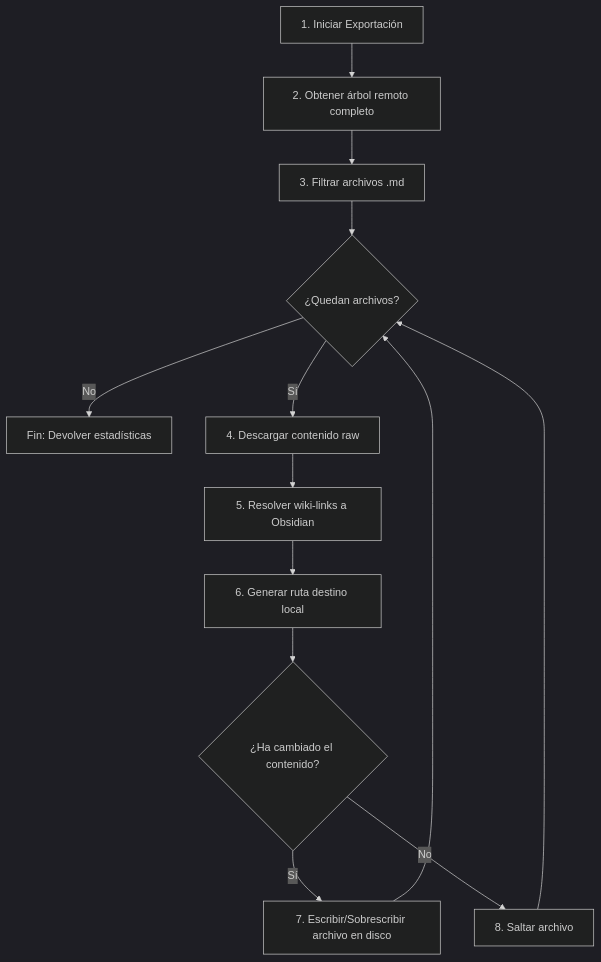
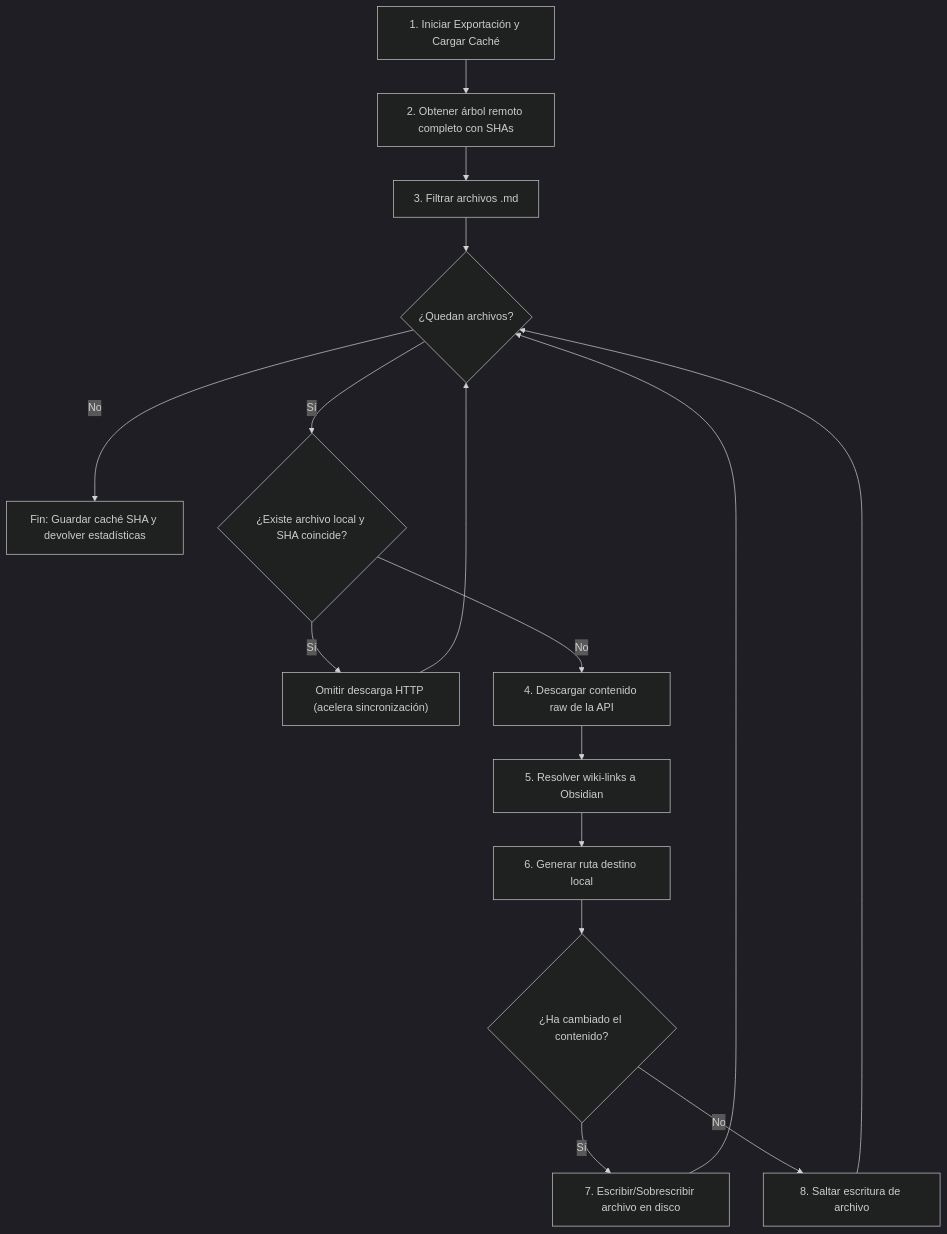
Before and after one commit to julia8873/pluginMoodleMetricas: the diagram in docs/gitmetrics/classes/obsidian_exporter.md, drawn with Mermaid (dark theme). The commit also changed other lines of this file and 151 other files, not shown here.

````diff
--- a/docs/gitmetrics/classes/obsidian_exporter.md
+++ b/docs/gitmetrics/classes/obsidian_exporter.md
@@ -14,15 +18,18 @@
 ```mermaid
 graph TD
-    A["1. Iniciar Exportación"] --> B["2. Obtener árbol remoto completo"]
+    A["1. Iniciar Exportación y Cargar Caché"] --> B["2. Obtener árbol remoto completo con SHAs"]
     B --> C["3. Filtrar archivos .md"]
     C --> D{"¿Quedan archivos?"}
-    D -- No --> E["Fin: Devolver estadísticas"]
-    D -- Sí --> F["4. Descargar contenido raw"]
-    F --> G["5. Resolver wiki-links a Obsidian"]
-    G --> H["6. Generar ruta destino local"]
-    H --> I{"¿Ha cambiado el contenido?"}
-    I -- Sí --> J["7. Escribir/Sobrescribir archivo en disco"]
-    I -- No --> K["8. Saltar archivo"]
-    J --> D
+    D -- No --> E["Fin: Guardar caché SHA y devolver estadísticas"]
+    D -- Sí --> F{"¿Existe archivo local y SHA coincide?"}
+    F -- Sí --> L["Omitir descarga HTTP (acelera sincronización)"]
+    F -- No --> G["4. Descargar contenido raw de la API"]
+    G --> H["5. Resolver wiki-links a Obsidian"]
+    H --> I["6. Generar ruta destino local"]
+    I --> J{"¿Ha cambiado el contenido?"}
+    J -- Sí --> K["7. Escribir/Sobrescribir archivo en disco"]
+    J -- No --> M["8. Saltar escritura de archivo"]
     K --> D
+    M --> D
+    L --> D
 ```
````
